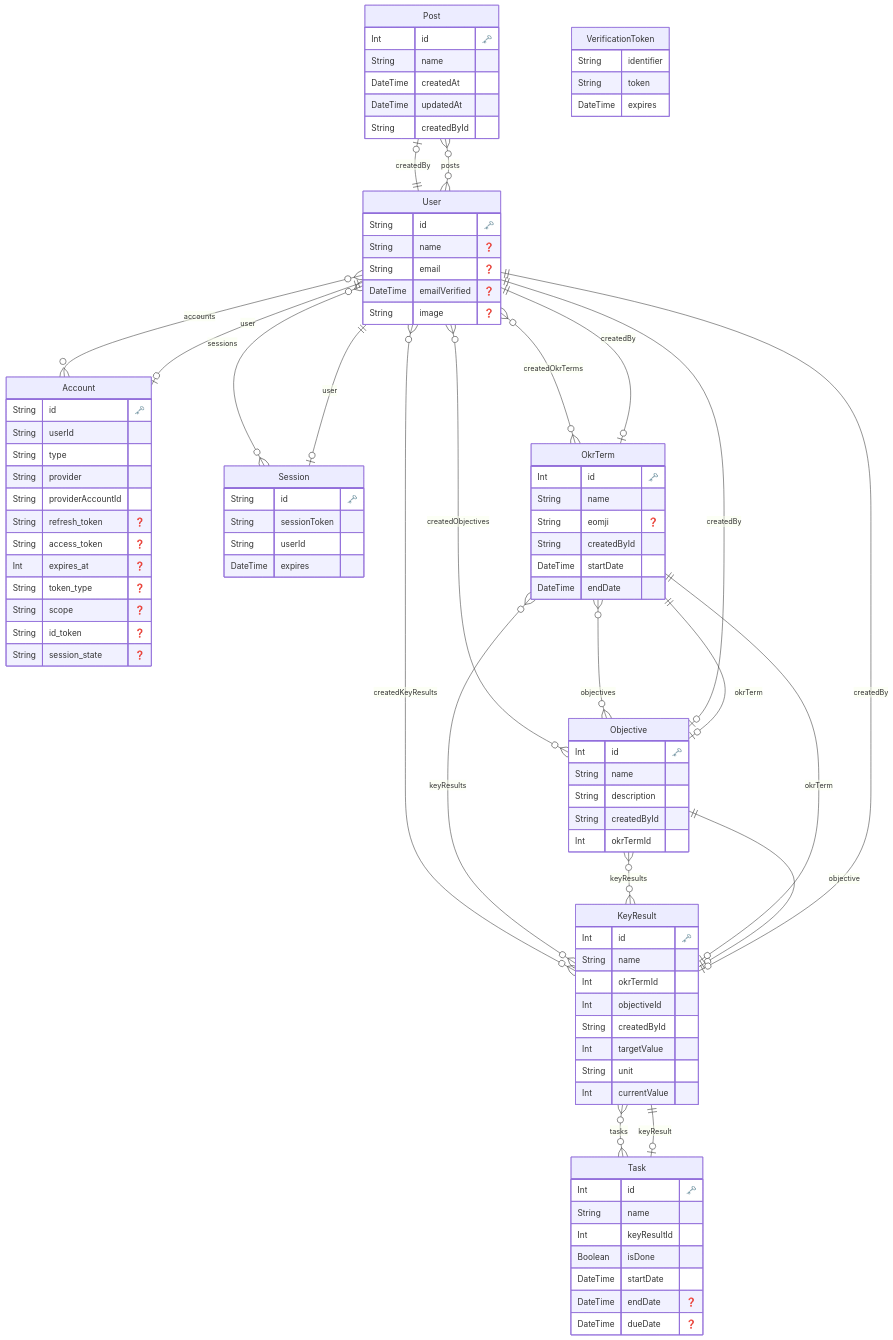
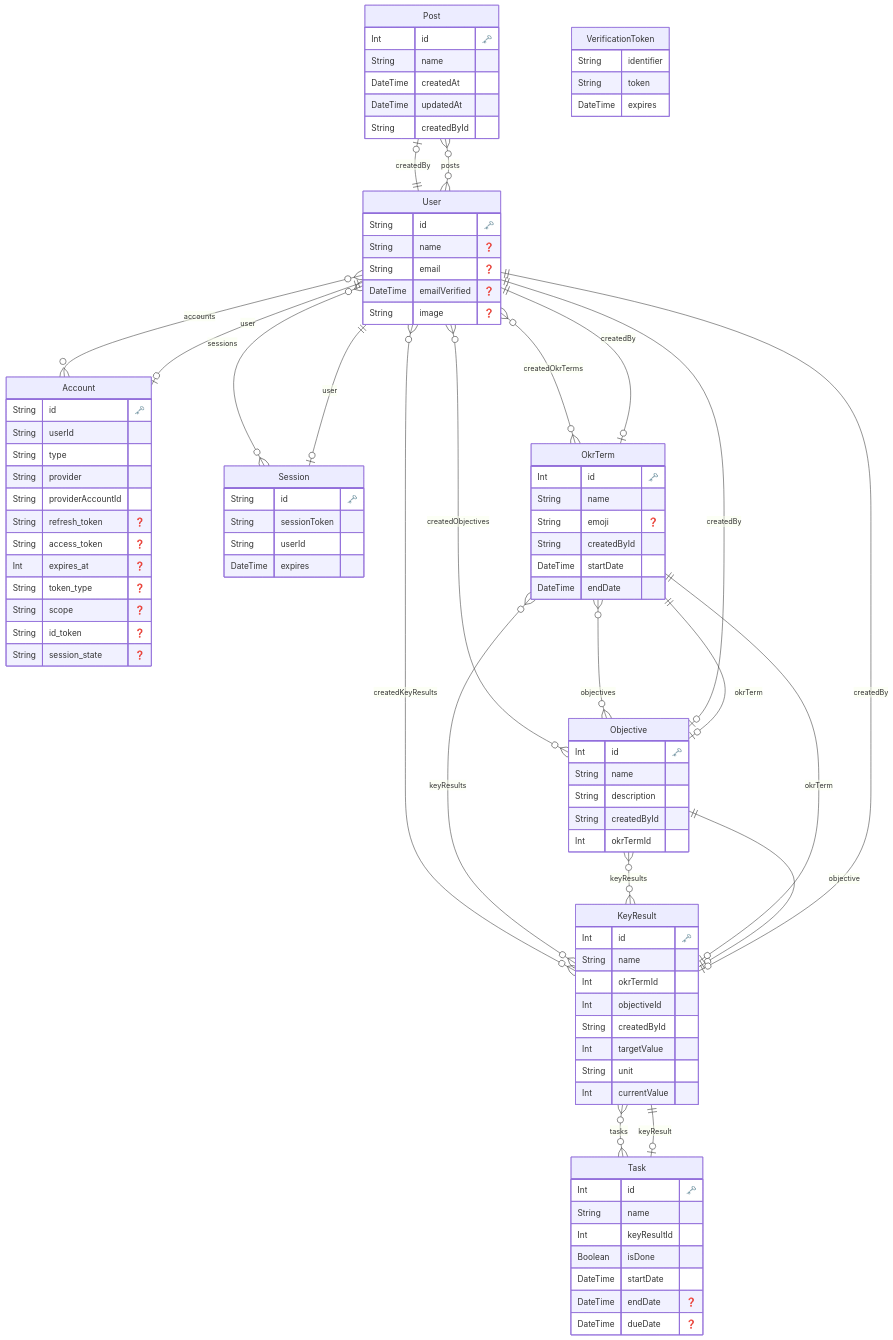
One commit to hiro-minami/moonshot changed the diagram in prisma/ERD.md. Above: the diagram before and after it, drawn with Mermaid. The commit also changed 2 other files, not shown here.

Commit message:
fix: fix typo

```diff
--- a/prisma/ERD.md
+++ b/prisma/ERD.md
@@ -53,7 +53,7 @@
   "OkrTerm" {
     Int id "🗝️"
     String name 
-    String eomji "❓"
+    String emoji "❓"
     String createdById 
     DateTime startDate 
     DateTime endDate 
```
